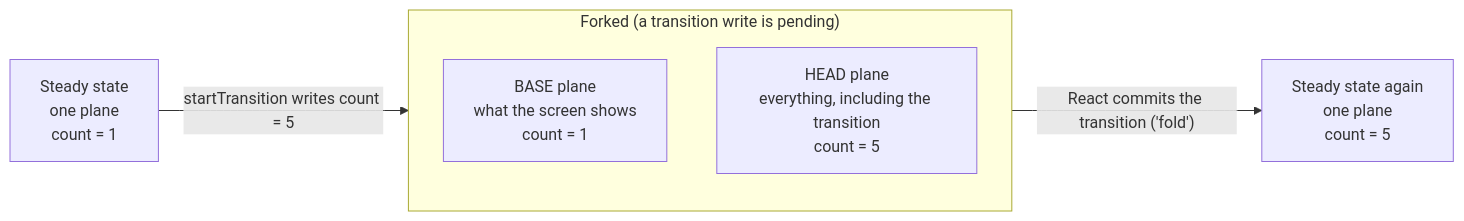
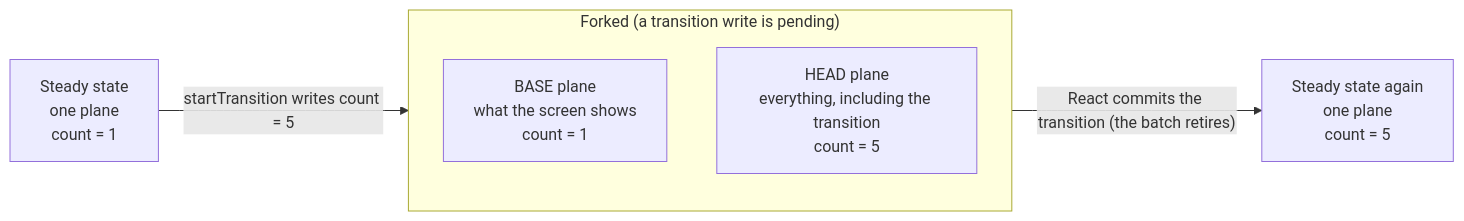
Before and after one commit to justjake/cosignal: the first of 4 diagrams in DESIGN.md, drawn with Mermaid. The commit also changed other lines of this file and 17 other files, not shown here.

````diff
--- a/DESIGN.md
+++ b/DESIGN.md
@@ -450,11 +456,11 @@
 ```mermaid
 flowchart LR
     A["Steady state<br/>one plane<br/>count = 1"]
     subgraph FORKED["Forked (a transition write is pending)"]
         B["BASE plane<br/>what the screen shows<br/>count = 1"]
         H["HEAD plane<br/>everything, including the transition<br/>count = 5"]
     end
     C["Steady state again<br/>one plane<br/>count = 5"]
     A -- "startTransition writes count = 5" --> FORKED
-    FORKED -- "React commits the transition ('fold')" --> C
+    FORKED -- "React commits the transition (the batch retires)" --> C
 ```
````
